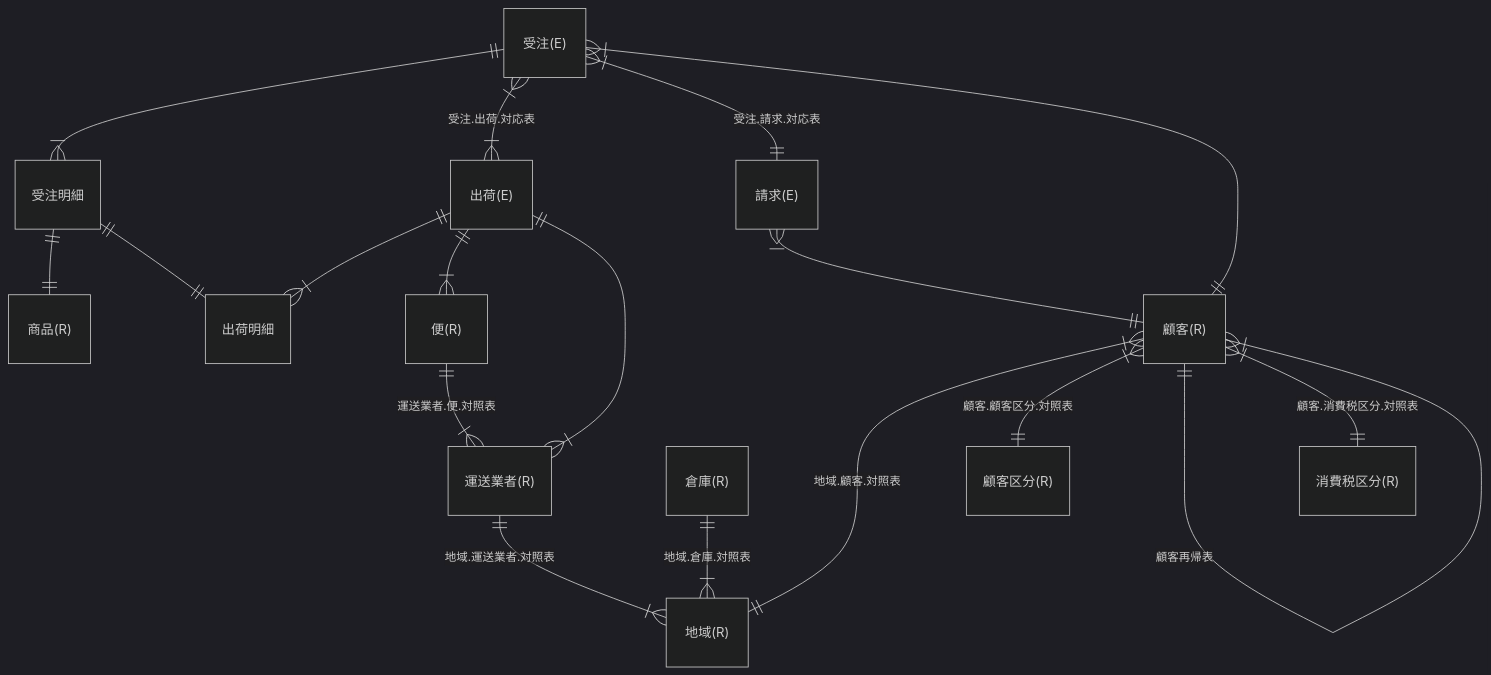
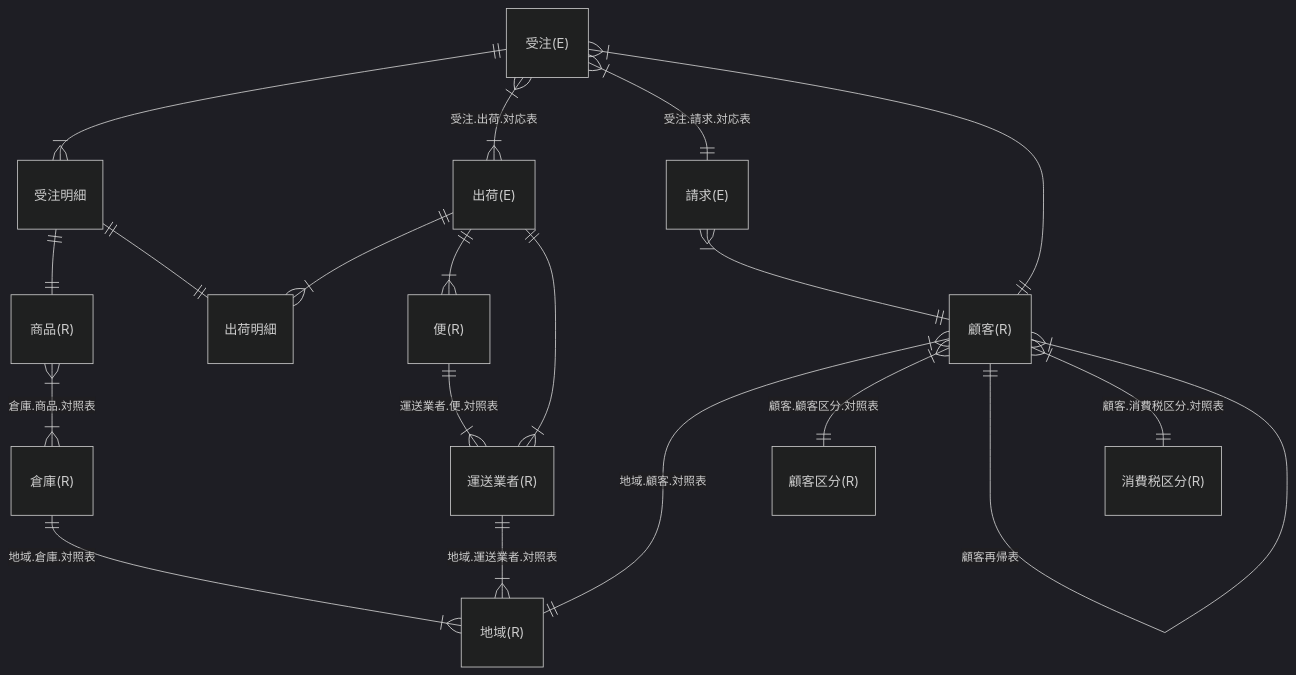
The diagram in documents/data-model.md (system-sekkei/tm-guide), drawn with Mermaid (dark theme) before and after one commit.

Commit message:
在庫(商品と倉庫の関連)を追加

````diff
--- a/documents/data-model.md
+++ b/documents/data-model.md
@@ -1,21 +1,22 @@
 ```mermaid
 erDiagram
     "受注(E)" ||--|{ "受注明細" : ""
     "受注明細" ||--|| "商品(R)" : ""
     "出荷(E)" ||--|{ "出荷明細" : ""
     "受注明細" ||--|| "出荷明細" : ""
     "受注(E)" }|--|{ "出荷(E)" : "受注.出荷.対応表"
     "受注(E)" }|--|| "請求(E)" : "受注.請求.対応表"
     "受注(E)" }|--|| "顧客(R)" : ""
     "出荷(E)" ||--|{ "便(R)" : ""
     "出荷(E)" ||--|{ "運送業者(R)" : ""
     "請求(E)" }|--|| "顧客(R)" : ""
     "顧客(R)" }|--|| "地域(R)" : "地域.顧客.対照表"
     "倉庫(R)" ||--|{ "地域(R)" : "地域.倉庫.対照表"
     "運送業者(R)" ||--|{ "地域(R)" : "地域.運送業者.対照表"
     "便(R)" ||--|{ "運送業者(R)" : "運送業者.便.対照表"
     "顧客(R)" }|--|| "顧客区分(R)" : "顧客.顧客区分.対照表"
     "顧客(R)" ||--|{ "顧客(R)" : "顧客再帰表"
     "顧客(R)" }|--|| "消費税区分(R)" : "顧客.消費税区分.対照表"
-
+    "商品(R)" }|--|{ "倉庫(R)" : "倉庫.商品.対照表"
+    
 ```
````
